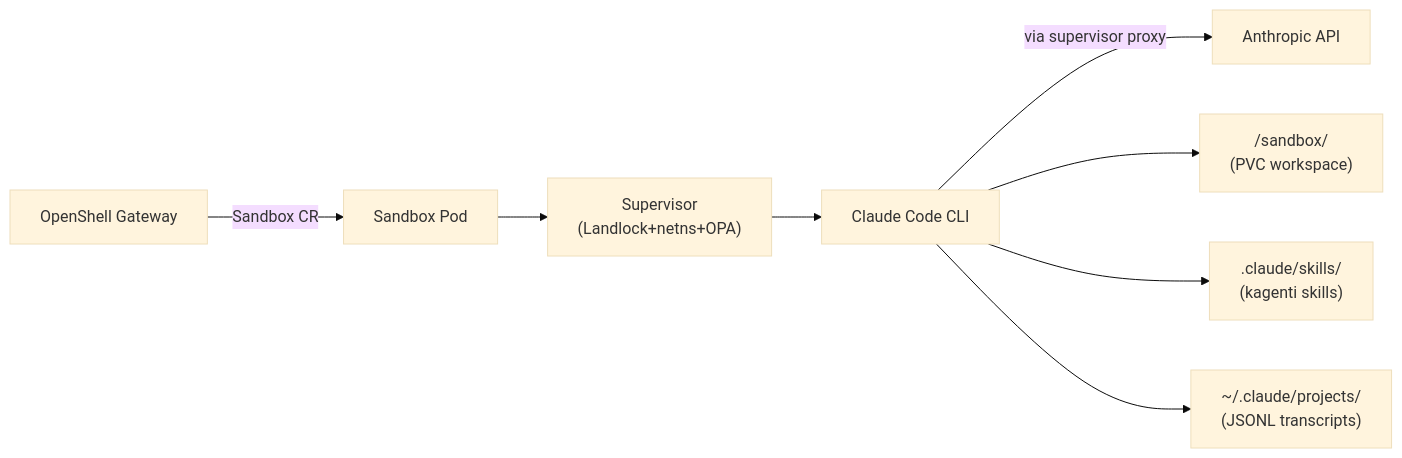
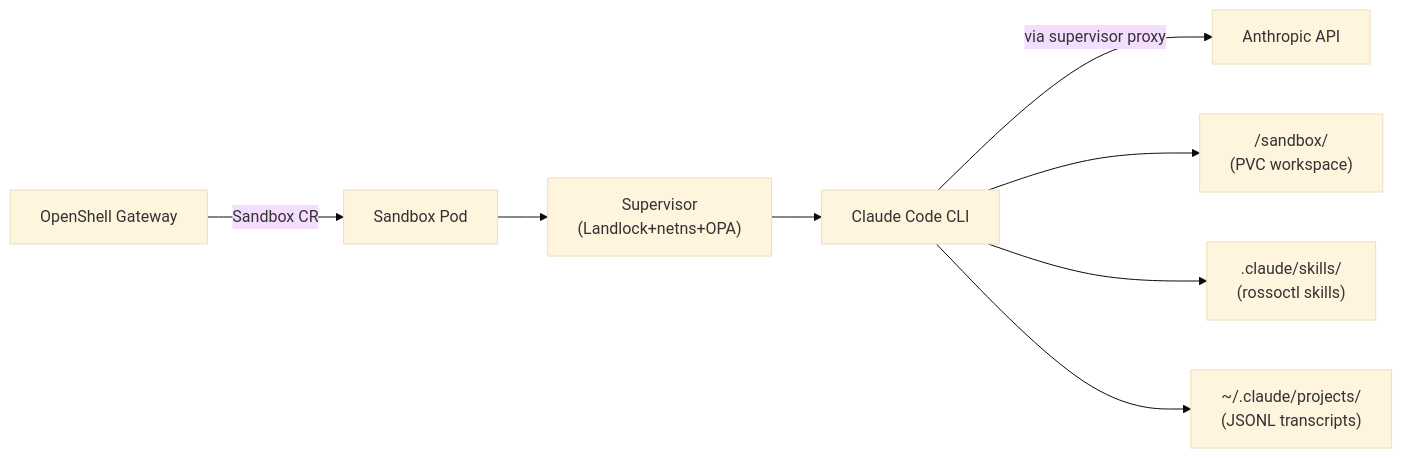
Before and after one commit to kagenti/kagenti: the first of 2 diagrams in docs/agentic-runtime/agents/openshell-claude.md, drawn with Mermaid (base theme). The commit also changed other lines of this file and 1316 other files, not shown here.

First line of the commit message:
⚠️ Rename Kagenti → Rossoctl across the flagship repo (→ rossoctl)

````diff
--- a/docs/agentic-runtime/agents/openshell-claude.md
+++ b/docs/agentic-runtime/agents/openshell-claude.md
@@ -22,10 +22,10 @@
 ```mermaid
 graph LR
     GW["OpenShell Gateway"] -->|"Sandbox CR"| Pod["Sandbox Pod"]
     Pod --> SV["Supervisor<br/>(Landlock+netns+OPA)"]
     SV --> CC["Claude Code CLI"]
     CC -->|"via supervisor proxy"| LLM["Anthropic API"]
     CC --> WS["/sandbox/<br/>(PVC workspace)"]
-    CC --> Skills[".claude/skills/<br/>(kagenti skills)"]
+    CC --> Skills[".claude/skills/<br/>(rossoctl skills)"]
     CC --> Sessions["~/.claude/projects/<br/>(JSONL transcripts)"]
 ```
````
